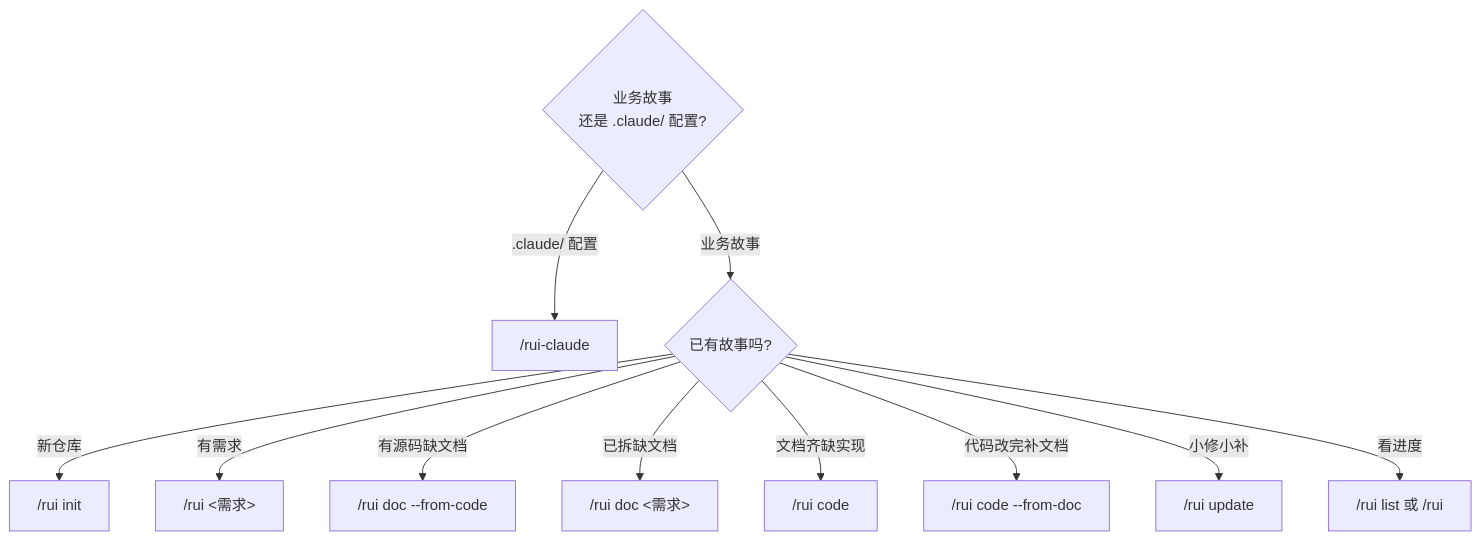
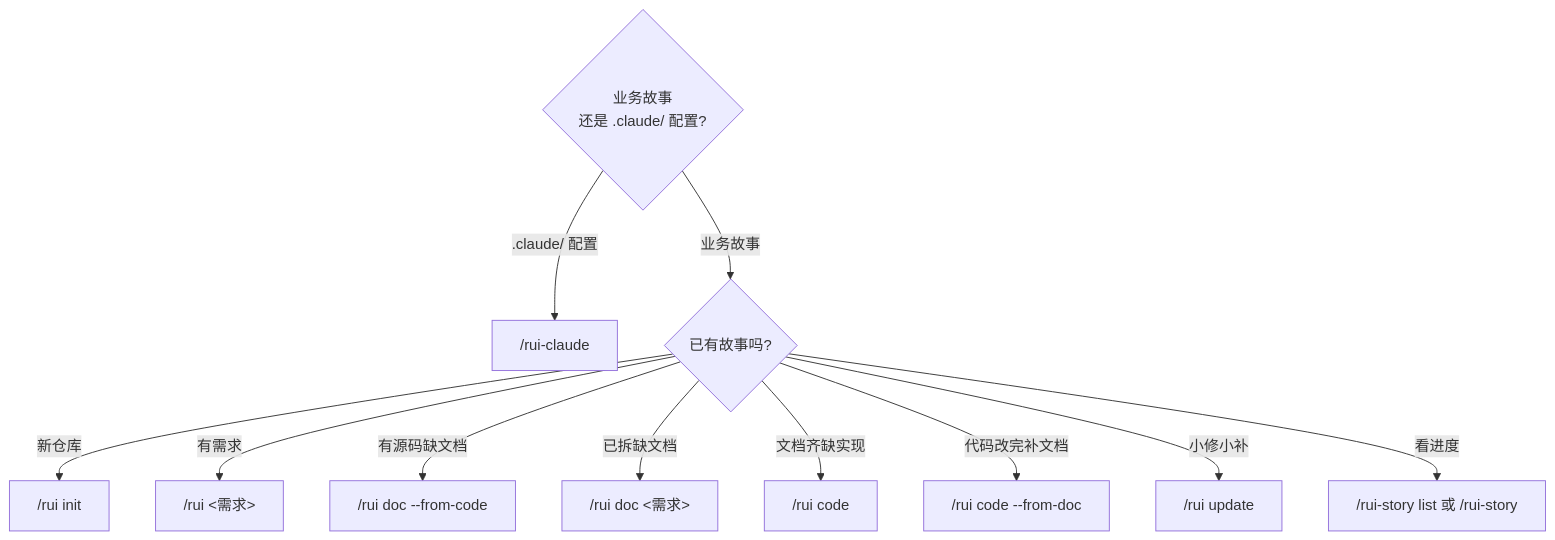
Before and after one commit to effiy/YrY: the first of 11 diagrams in skills/rui/SKILL.md, drawn with Mermaid. The commit also changed other lines of this file and 7 other files, not shown here.

````diff
--- a/skills/rui/SKILL.md
+++ b/skills/rui/SKILL.md
@@ -20,14 +20,14 @@
 ```mermaid
 flowchart TD
     Q1{"业务故事<br/>还是 .claude/ 配置?"}
     Q1 -->|".claude/ 配置"| RC["/rui-claude"]
     Q1 -->|"业务故事"| Q2{"已有故事吗?"}
     Q2 -->|"新仓库"| INIT["/rui init"]
     Q2 -->|"有需求"| E2E["/rui <需求>"]
     Q2 -->|"有源码缺文档"| FC["/rui doc --from-code"]
     Q2 -->|"已拆缺文档"| DOC["/rui doc <需求>"]
     Q2 -->|"文档齐缺实现"| CODE["/rui code <name>"]
     Q2 -->|"代码改完补文档"| FD["/rui code --from-doc"]
     Q2 -->|"小修小补"| UPD["/rui update"]
-    Q2 -->|"看进度"| LIST["/rui list 或 /rui"]
+    Q2 -->|"看进度"| LIST["/rui-story list 或 /rui-story"]
 ```
````
